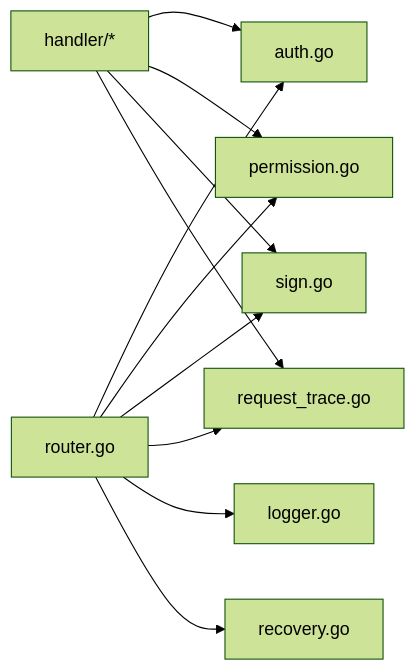
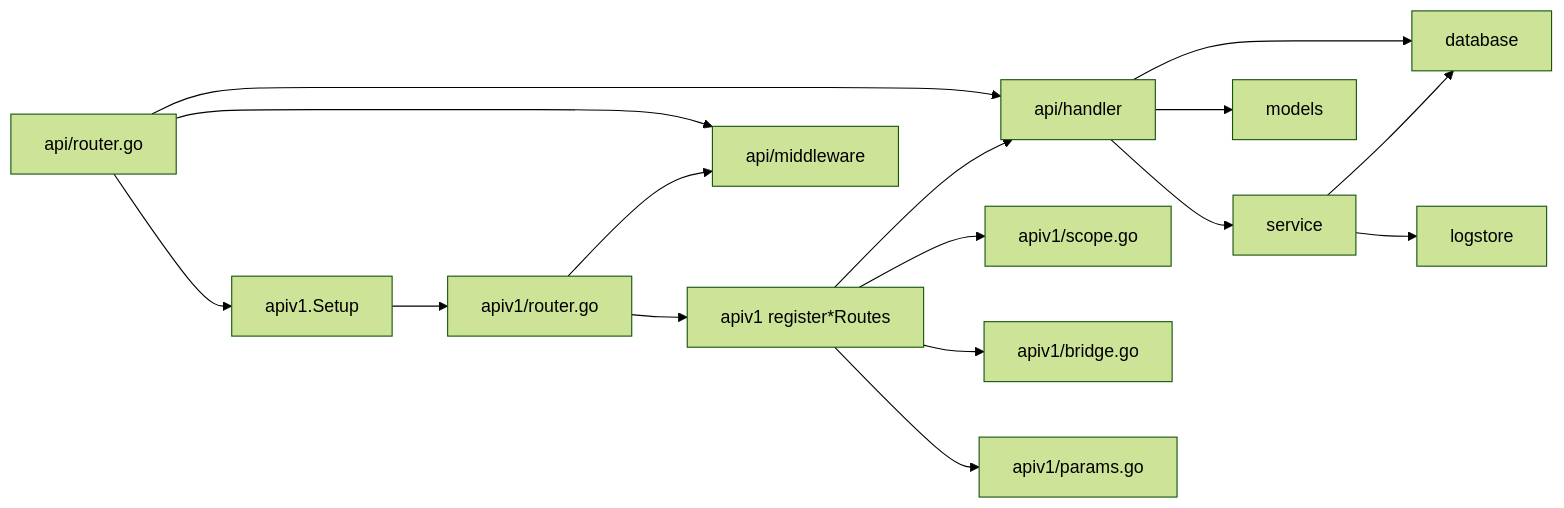
Before and after one commit to x01n/dnsplane: the fifth of 6 diagrams in docs/后端开发指南/API开发.md, drawn with Mermaid (forest theme). The commit also changed other lines of this file and 326 other files, not shown here.

````diff
--- a/docs/后端开发指南/API开发.md
+++ b/docs/后端开发指南/API开发.md
@@ -297,13 +594,18 @@
 ```mermaid
 graph LR
-Router["router.go"] --> MWAuth["auth.go"]
-Router --> MWPerm["permission.go"]
-Router --> MWSign["sign.go"]
-Router --> MWTrace["request_trace.go"]
-Router --> MWLogger["logger.go"]
-Router --> MWRecover["recovery.go"]
-Handler["handler/*"] --> MWAuth
-Handler --> MWPerm
-Handler --> MWSign
-Handler --> MWTrace
+RG["api/router.go"] --> HD["api/handler"]
+RG --> MW["api/middleware"]
+RG --> AV["apiv1.Setup"]
+AV --> VR["apiv1/router.go"]
+VR --> MW
+VR --> REG["apiv1 register*Routes"]
+REG --> HD
+REG --> SC["apiv1/scope.go"]
+REG --> BR["apiv1/bridge.go"]
+REG --> PR["apiv1/params.go"]
+HD --> DB["database"]
+HD --> MD["models"]
+HD --> SV["service"]
+SV --> DB
+SV --> LS["logstore"]
 ```
````
